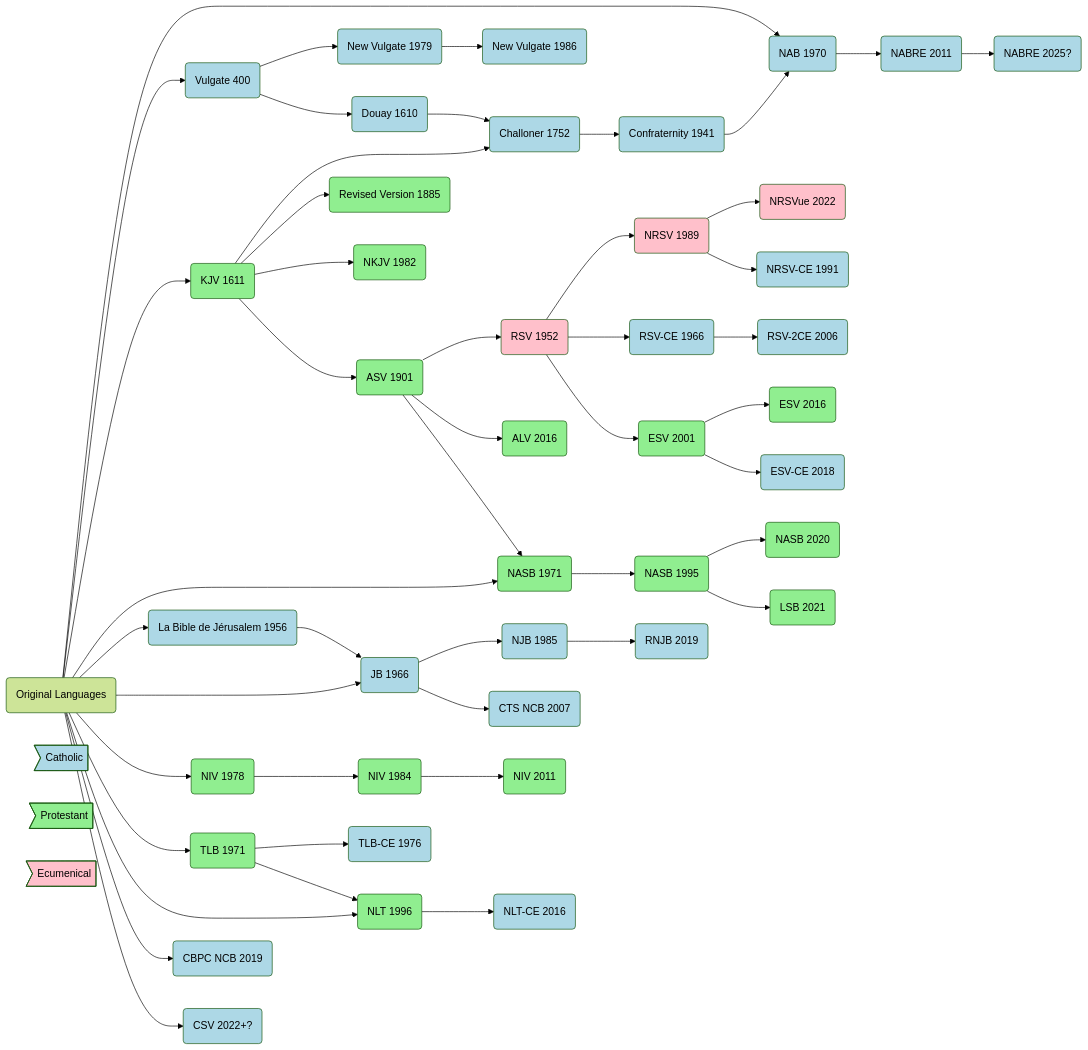
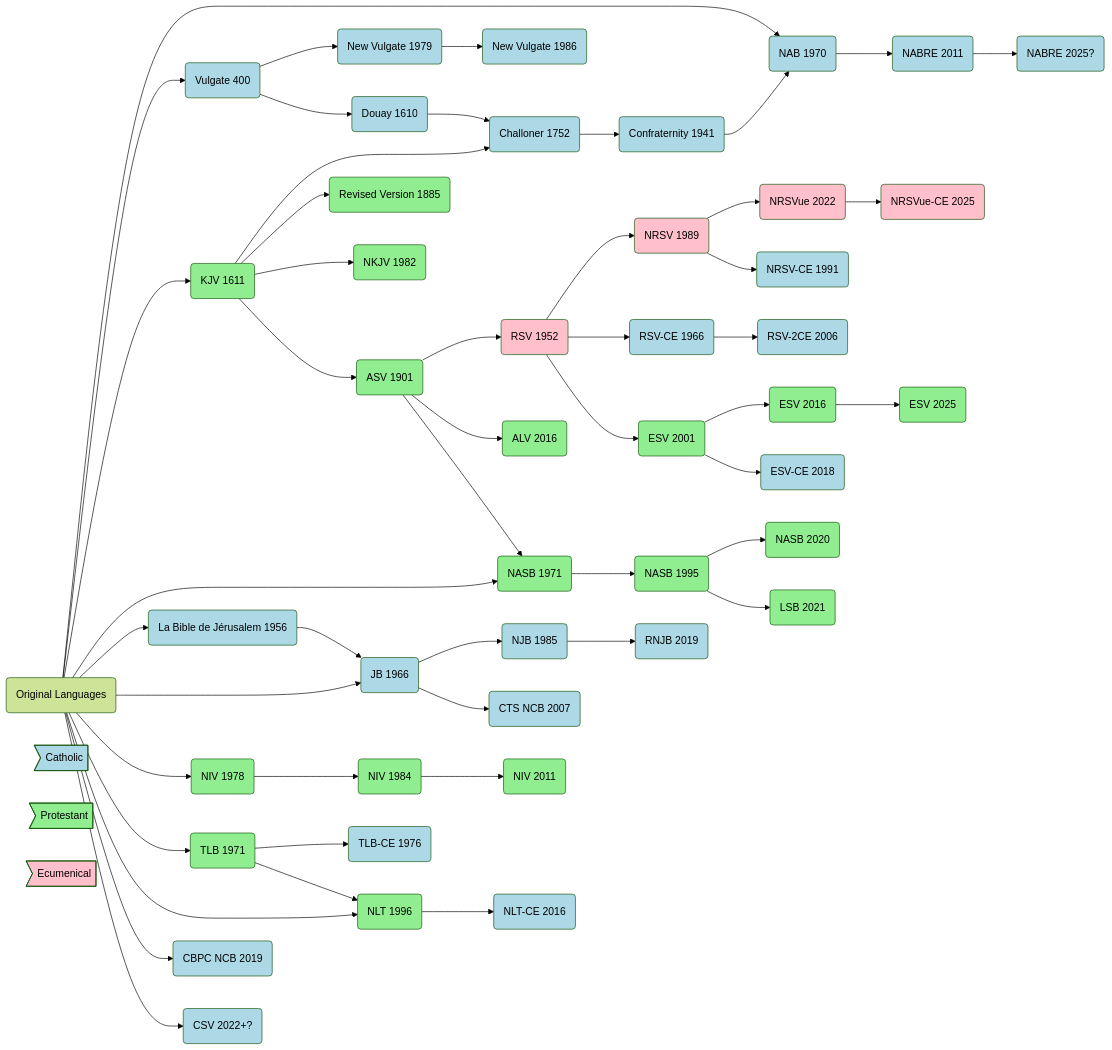
One commit to mkudija/mkudija.github.io changed the diagram in notes/_md/Bible Translation Chart.md. Above: the diagram before and after it, drawn with Mermaid (forest theme). The commit also changed 15 other files, not shown here.

```diff
--- a/notes/_md/Bible Translation Chart.md
+++ b/notes/_md/Bible Translation Chart.md
@@ -18,9 +18,11 @@
 nrsv(NRSV 1989)
 nrsvce(NRSV-CE 1991)
 nrsvue(NRSVue 2022)
+nrsvuece(NRSVue-CE 2025)
 nkjv(NKJV 1982)
 esv(ESV 2001)
 esv16(ESV 2016)
+esv25(ESV 2025)
 esvce(ESV-CE 2018)
 nab(NAB 1970)
 nabre(NABRE 2011)
@@ -80,9 +82,11 @@
 rsv --> nrsv:::ec
 nrsv --> nrsvue:::ec
 nrsv --> nrsvce:::ct
+nrsvue --> nrsvuece:::ec
 rsv --> rsvce:::ct
 rsv --> esv:::pt
 esv --> esv16:::pt
+esv16 --> esv25:::pt
 esv --> esvce:::ct
 asv --> alv:::pt
 asv --> na:::pt
```
